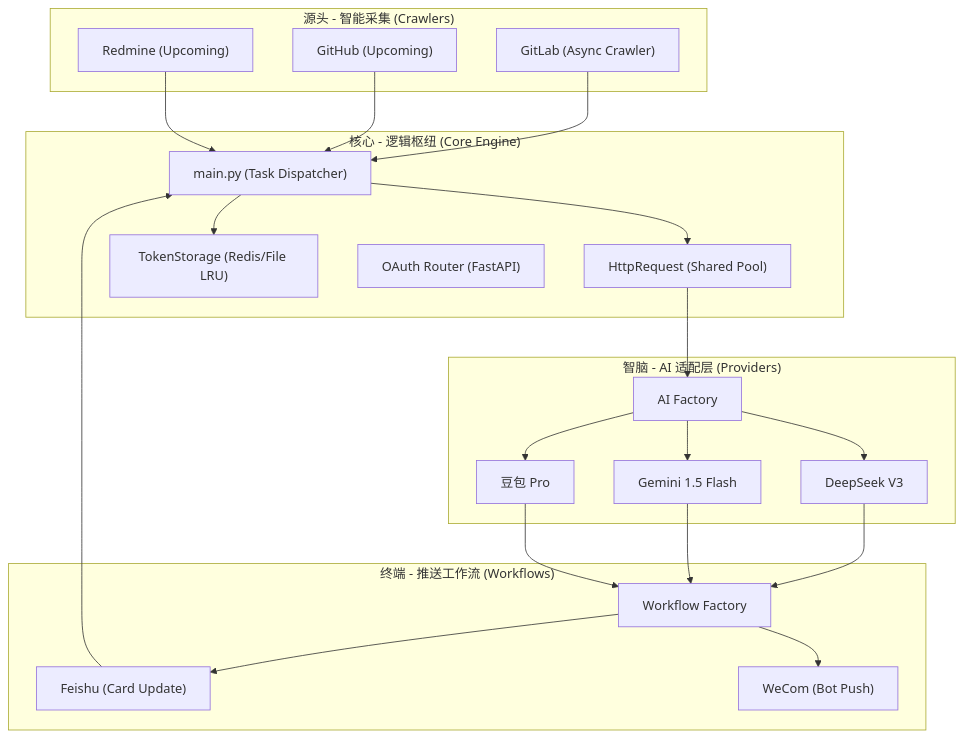
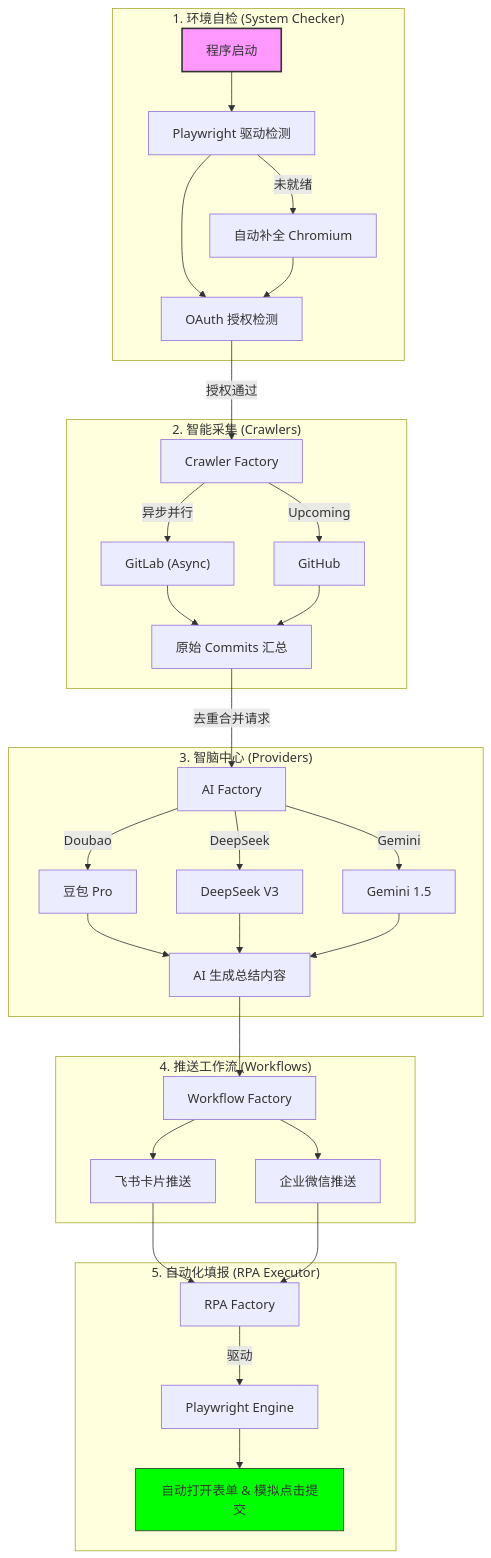
One commit to Youarefortunate/dailybot-miao changed the diagram in README.md. Above: the diagram before and after it, drawn with Mermaid. The commit also changed other lines of this file and 13 other files, not shown here.

````diff
--- a/README.md
+++ b/README.md
@@ -71,37 +71,38 @@
 ```mermaid
 graph TD
-    subgraph "源头 - 智能采集 (Crawlers)"
-        GL["GitLab (Async Crawler)"]
-        GH["GitHub (Upcoming)"]
-        RD["Redmine (Upcoming)"]
+    subgraph "1. 环境自检 (System Checker)"
+        START[程序启动] --> ENV[Playwright 驱动检测]
+        ENV -->|未就绪| INSTALL[自动补全 Chromium]
+        ENV & INSTALL --> OAUTH_CHECK[OAuth 授权检测]
     end
 
-    subgraph "核心 - 逻辑枢纽 (Core Engine)"
-        M["main.py (Task Dispatcher)"]
-        REQ["HttpRequest (Shared Pool)"]
-        TOKEN["TokenStorage (Redis/File LRU)"]
-        OAUTH["OAuth Router (FastAPI)"]
+    subgraph "2. 智能采集 (Crawlers)"
+        OAUTH_CHECK -->|授权通过| C_FACTORY[Crawler Factory]
+        C_FACTORY -->|异步并行| GL["GitLab (Async)"]
+        C_FACTORY -->|Upcoming| GH["GitHub"]
+        GL & GH --> RAW_DATA[原始 Commits 汇总]
     end
 
-    subgraph "智脑 - AI 适配层 (Providers)"
-        AI["AI Factory"]
-        DS["DeepSeek V3"]
-        GM["Gemini 1.5 Flash"]
-        DB["豆包 Pro"]
+    subgraph "3. 智脑中心 (Providers)"
+        RAW_DATA -->|去重合并请求| AI_FACTORY[AI Factory]
+        AI_FACTORY -->|Doubao| DB[豆包 Pro]
+        AI_FACTORY -->|DeepSeek| DS[DeepSeek V3]
+        AI_FACTORY -->|Gemini| GM[Gemini 1.5]
+        DB & DS & GM --> SUMMARY[AI 生成总结内容]
     end
 
-    subgraph "终端 - 推送工作流 (Workflows)"
-        WF["Workflow Factory"]
-        FSC["Feishu (Card Update)"]
-        WWC["WeCom (Bot Push)"]
+    subgraph "4. 推送工作流 (Workflows)"
+        SUMMARY --> WF_FACTORY[Workflow Factory]
+        WF_FACTORY --> FS[飞书卡片推送]
+        WF_FACTORY --> WC[企业微信推送]
     end
 
-    GL & GH & RD --> M
-    M --> TOKEN
-    M --> REQ
-    REQ --> AI
-    AI --> DS & GM & DB
-    DS & GM & DB --> WF
-    WF --> FSC & WWC
-    FSC --> M
+    subgraph "5. 自动化填报 (RPA Executor)"
+        FS & WC --> RPA_FACTORY[RPA Factory]
+        RPA_FACTORY -->|驱动| PW[Playwright Engine]
+        PW --> SUBMIT[自动打开表单 & 模拟点击提交]
+    end
+
+    style START fill:#f9f,stroke:#333,stroke-width:2px
+    style SUBMIT fill:#00ff00,stroke:#333
 ```
````
